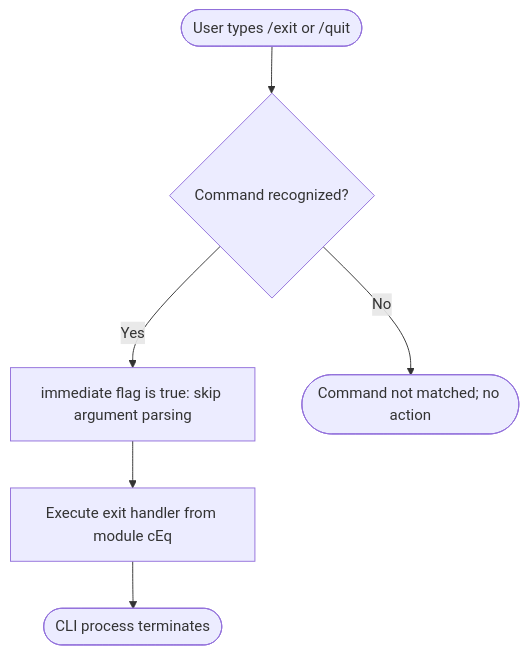
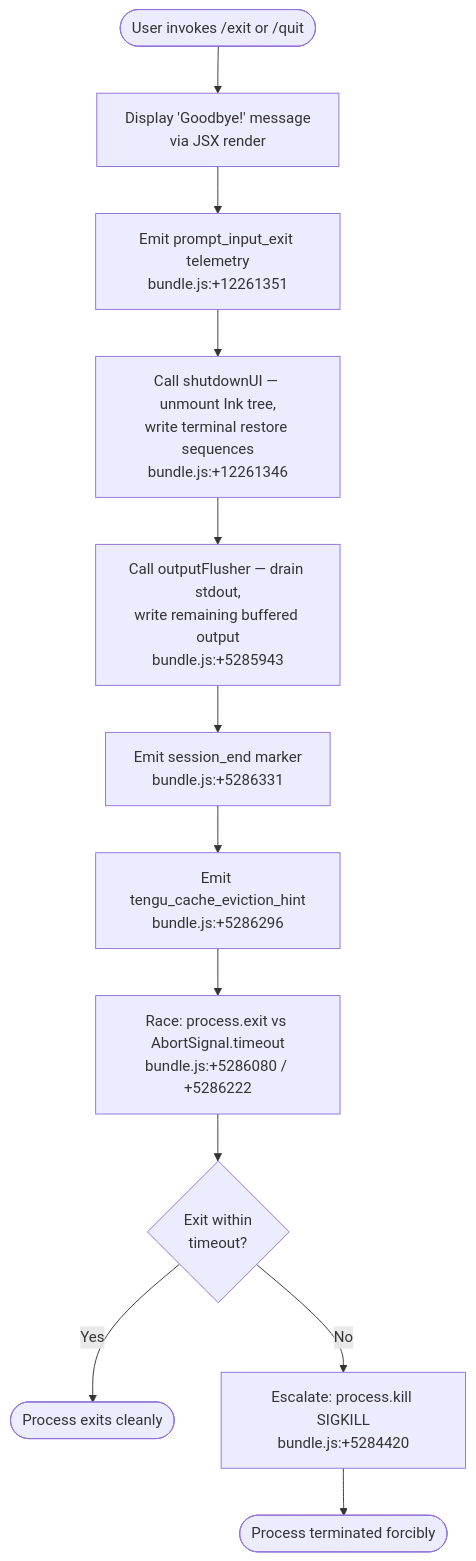
One commit to MyLittleLuckyDog/cc-gnothi changed the diagram in versions/v2.1.149/exit.md. Above: the diagram before and after it, drawn with Mermaid. The commit also changed other lines of this file and 496 other files, not shown here.

````diff
--- a/versions/v2.1.149/exit.md
+++ b/versions/v2.1.149/exit.md
@@ -48,8 +56,14 @@
 ```mermaid
 flowchart TD
-    A([User types /exit or /quit]) --> B{Command recognized?}
-    B -- Yes --> C[immediate flag is true: skip argument parsing]
-    B -- No --> Z([Command not matched; no action])
-    C --> D[Execute exit handler from module cEq]
-    D --> E([CLI process terminates])
+    A([User invokes /exit or /quit]) --> B[Display 'Goodbye!' message\nvia JSX render]
+    B --> C[Emit prompt_input_exit telemetry\nbundle.js:+12261351]
+    C --> D[Call shutdownUI — unmount Ink tree,\nwrite terminal restore sequences\nbundle.js:+12261346]
+    D --> E[Call outputFlusher — drain stdout,\nwrite remaining buffered output\nbundle.js:+5285943]
+    E --> F[Emit session_end marker\nbundle.js:+5286331]
+    F --> G[Emit tengu_cache_eviction_hint\nbundle.js:+5286296]
+    G --> H[Race: process.exit vs AbortSignal.timeout\nbundle.js:+5286080 / +5286222]
+    H --> I{Exit within\ntimeout?}
+    I -- Yes --> J([Process exits cleanly])
+    I -- No --> K[Escalate: process.kill SIGKILL\nbundle.js:+5284420]
+    K --> L([Process terminated forcibly])
 ```
````
